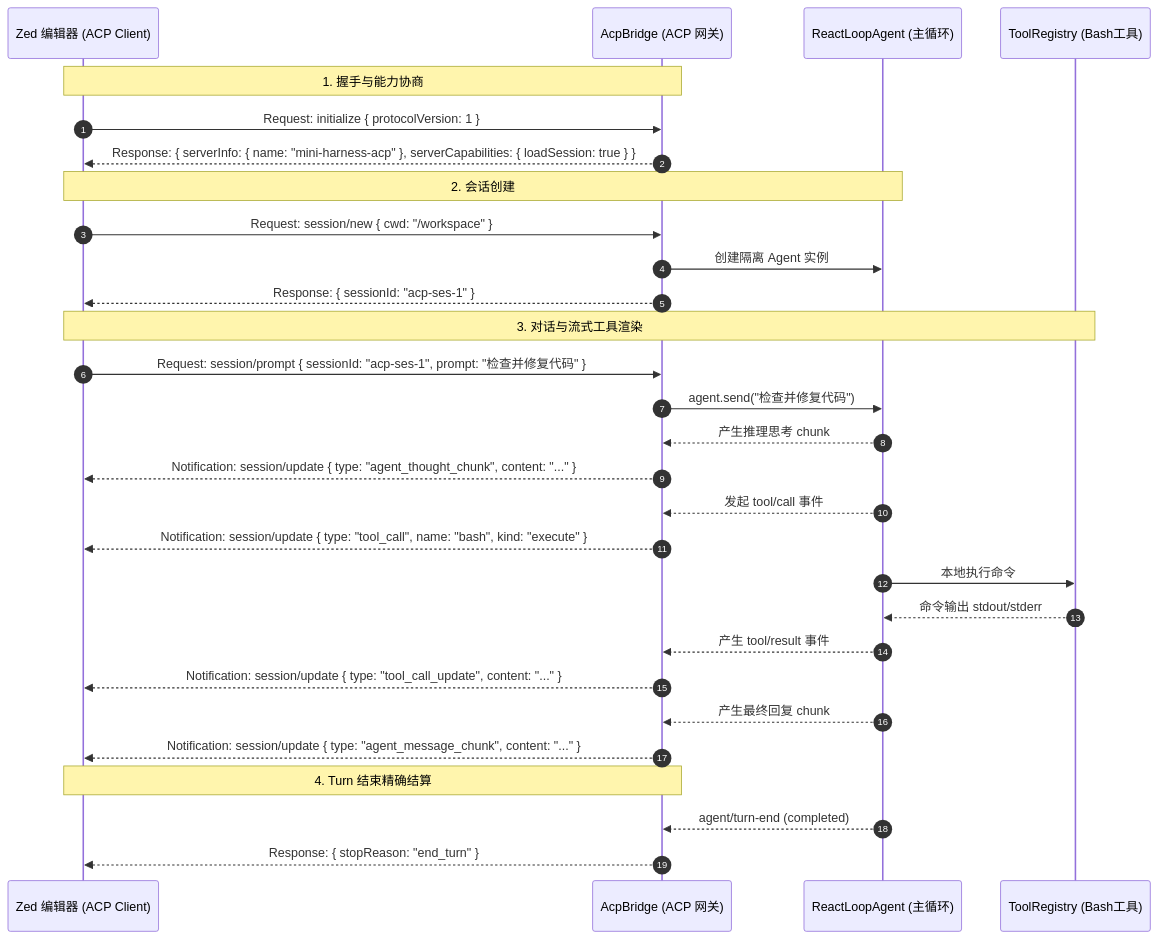
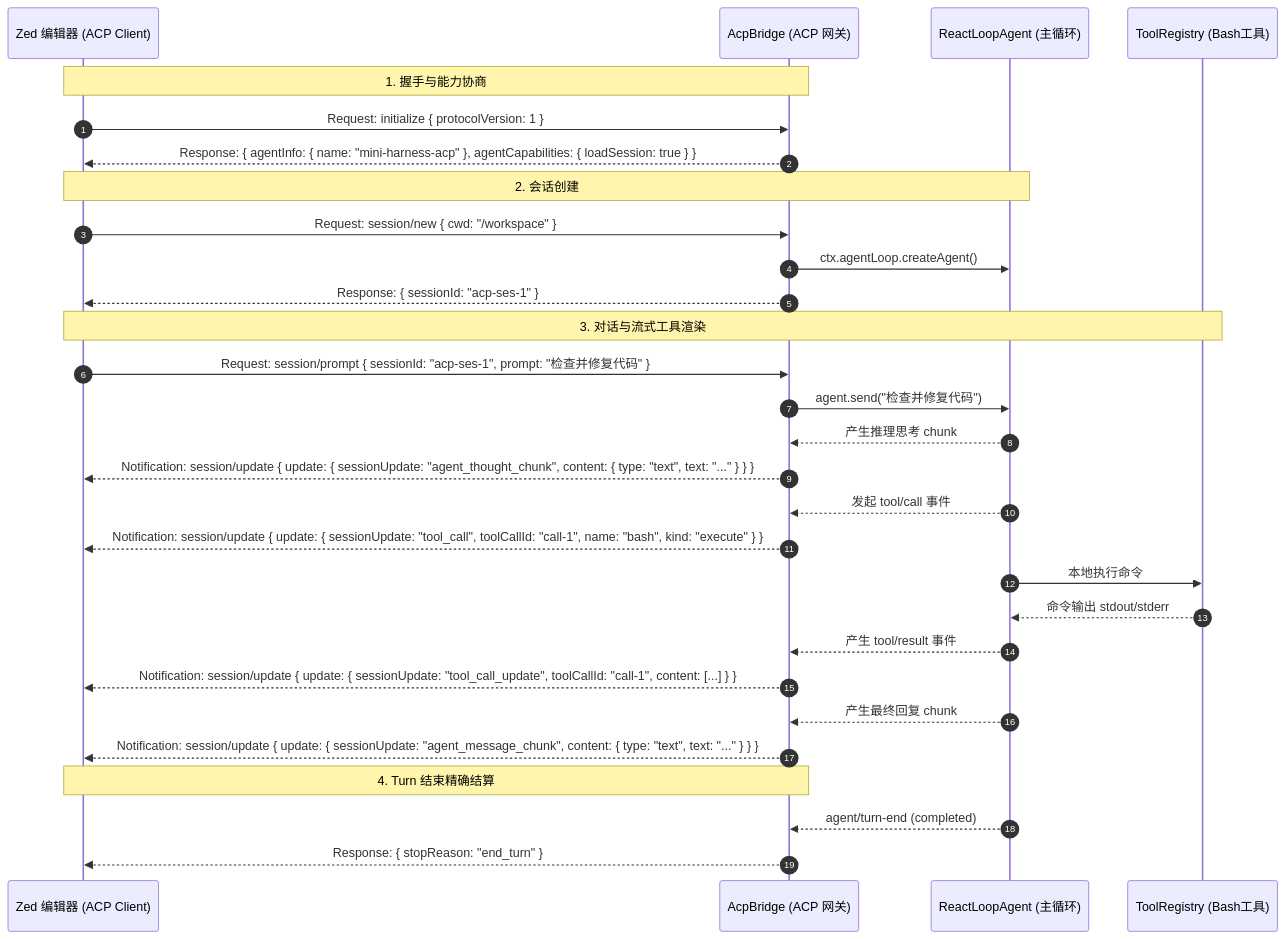
One commit to wujingacross/mini-harness changed the diagram in docs/04-milestone4-acp-ide-integration.md. Above: the diagram before and after it, drawn with Mermaid. The commit also changed other lines of this file and 6 other files, not shown here.

````diff
--- a/docs/04-milestone4-acp-ide-integration.md
+++ b/docs/04-milestone4-acp-ide-integration.md
@@ -57,39 +58,39 @@
 ```mermaid
 sequenceDiagram
     autonumber
     participant IDE as Zed 编辑器 (ACP Client)
     participant Bridge as AcpBridge (ACP 网关)
-    participant Agent as ReactLoopAgent (主循环)
+    participant MainLoop as ReactLoopAgent (主循环)
     participant Tools as ToolRegistry (Bash工具)
 
     Note over IDE,Bridge: 1. 握手与能力协商
     IDE->>Bridge: Request: initialize { protocolVersion: 1 }
-    Bridge-->>IDE: Response: { serverInfo: { name: "mini-harness-acp" }, serverCapabilities: { loadSession: true } }
+    Bridge-->>IDE: Response: { agentInfo: { name: "mini-harness-acp" }, agentCapabilities: { loadSession: true } }
 
-    Note over IDE,Agent: 2. 会话创建
+    Note over IDE,MainLoop: 2. 会话创建
     IDE->>Bridge: Request: session/new { cwd: "/workspace" }
-    Bridge->>Agent: 创建隔离 Agent 实例
+    Bridge->>MainLoop: ctx.agentLoop.createAgent()
     Bridge-->>IDE: Response: { sessionId: "acp-ses-1" }
 
     Note over IDE,Tools: 3. 对话与流式工具渲染
     IDE->>Bridge: Request: session/prompt { sessionId: "acp-ses-1", prompt: "检查并修复代码" }
-    Bridge->>Agent: agent.send("检查并修复代码")
+    Bridge->>MainLoop: agent.send("检查并修复代码")
     
-    Agent-->>Bridge: 产生推理思考 chunk
-    Bridge-->>IDE: Notification: session/update { type: "agent_thought_chunk", content: "..." }
+    MainLoop-->>Bridge: 产生推理思考 chunk
+    Bridge-->>IDE: Notification: session/update { update: { sessionUpdate: "agent_thought_chunk", content: { type: "text", text: "..." } } }
 
-    Agent-->>Bridge: 发起 tool/call 事件
-    Bridge-->>IDE: Notification: session/update { type: "tool_call", name: "bash", kind: "execute" }
+    MainLoop-->>Bridge: 发起 tool/call 事件
+    Bridge-->>IDE: Notification: session/update { update: { sessionUpdate: "tool_call", toolCallId: "call-1", name: "bash", kind: "execute" } }
 
-    Agent->>Tools: 本地执行命令
-    Tools-->>Agent: 命令输出 stdout/stderr
-    Agent-->>Bridge: 产生 tool/result 事件
-    Bridge-->>IDE: Notification: session/update { type: "tool_call_update", content: "..." }
+    MainLoop->>Tools: 本地执行命令
+    Tools-->>MainLoop: 命令输出 stdout/stderr
+    MainLoop-->>Bridge: 产生 tool/result 事件
+    Bridge-->>IDE: Notification: session/update { update: { sessionUpdate: "tool_call_update", toolCallId: "call-1", content: [...] } }
 
-    Agent-->>Bridge: 产生最终回复 chunk
-    Bridge-->>IDE: Notification: session/update { type: "agent_message_chunk", content: "..." }
+    MainLoop-->>Bridge: 产生最终回复 chunk
+    Bridge-->>IDE: Notification: session/update { update: { sessionUpdate: "agent_message_chunk", content: { type: "text", text: "..." } } }
 
     Note over IDE,Bridge: 4. Turn 结束精确结算
-    Agent-->>Bridge: agent/turn-end (completed)
+    MainLoop-->>Bridge: agent/turn-end (completed)
     Bridge-->>IDE: Response: { stopReason: "end_turn" }
 ```
````
